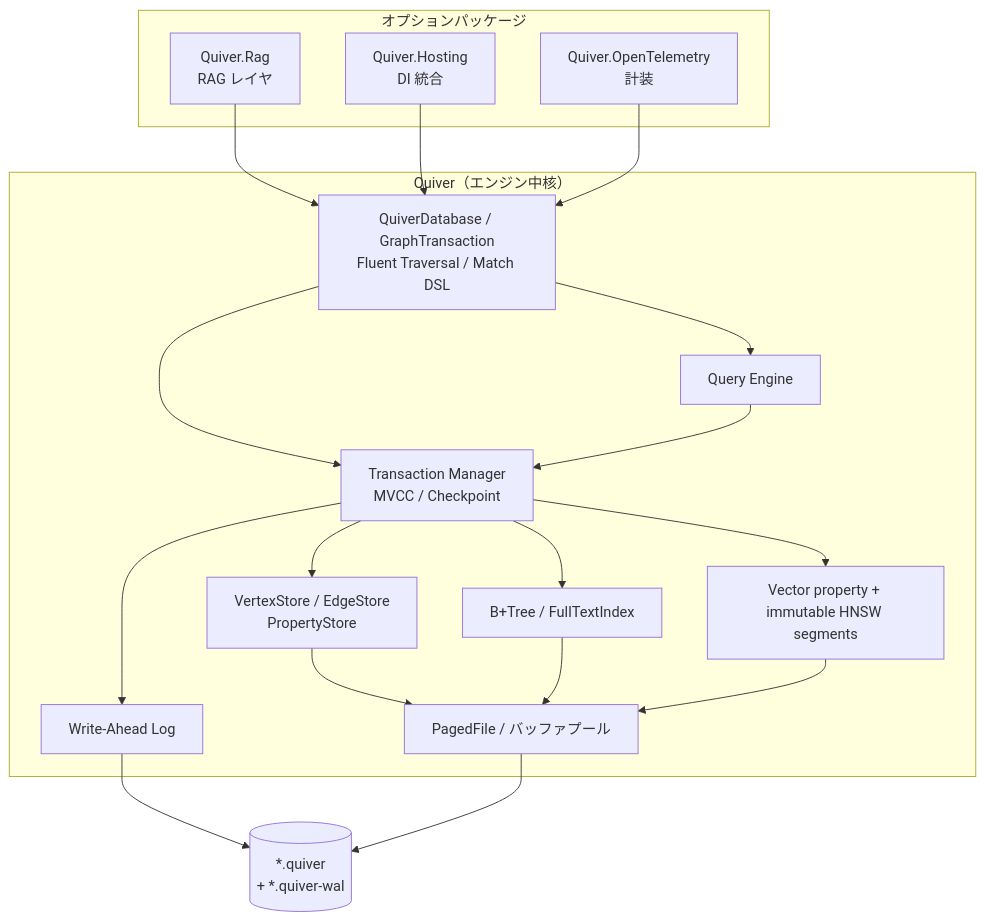
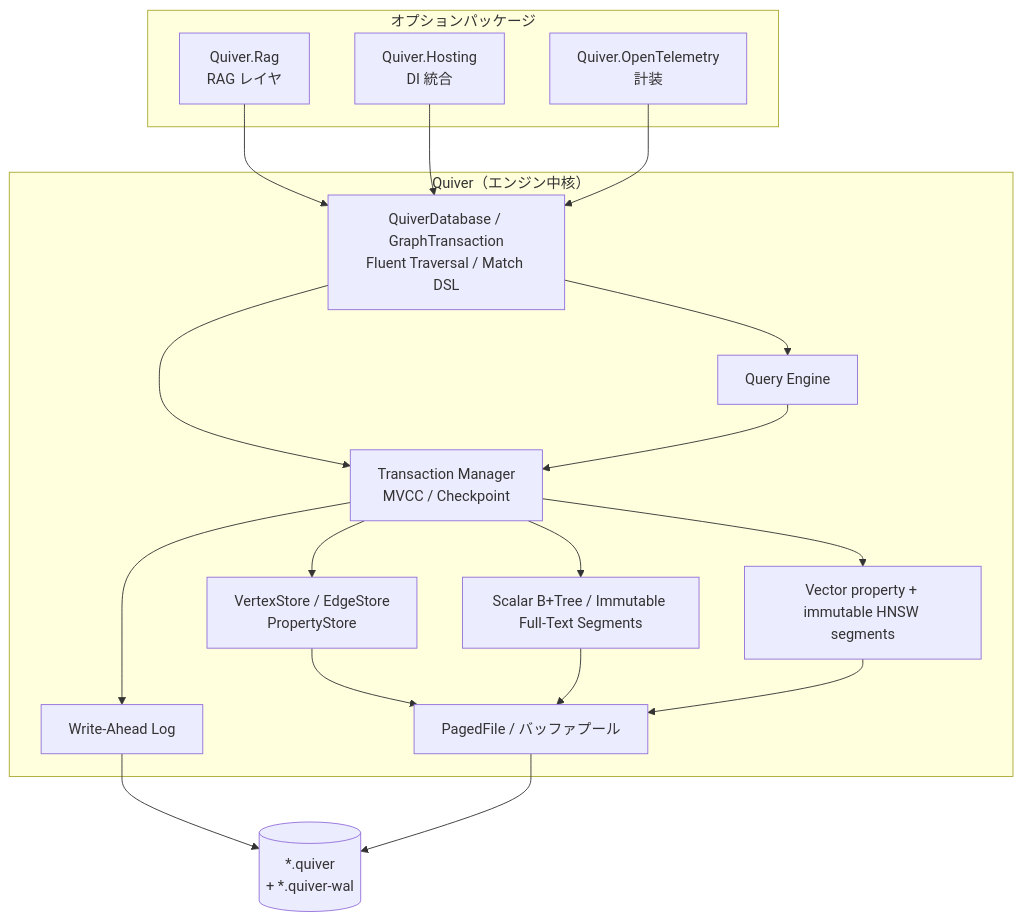
One commit to delicioustuna/Quiver changed the first of 5 diagrams in docs/architecture-diagrams.md. Above: the diagram before and after it, drawn with Mermaid. The commit also changed 69 other files, not shown here.

First line of the commit message:
feat(fulltext): publish immutable snapshot segments

````diff
--- a/docs/architecture-diagrams.md
+++ b/docs/architecture-diagrams.md
@@ -12,38 +12,38 @@
 ```mermaid
 flowchart TB
     subgraph optional["オプションパッケージ"]
         Rag["Quiver.Rag<br/>RAG レイヤ"]
         Hosting["Quiver.Hosting<br/>DI 統合"]
         OTel["Quiver.OpenTelemetry<br/>計装"]
     end
 
     subgraph core["Quiver（エンジン中核）"]
         API["QuiverDatabase / GraphTransaction<br/>Fluent Traversal / Match DSL"]
         Query["Query Engine"]
         TxMgr["Transaction Manager<br/>MVCC / Checkpoint"]
-        Index["B+Tree / FullTextIndex"]
+        Index["Scalar B+Tree / Immutable Full-Text Segments"]
         Records["VertexStore / EdgeStore<br/>PropertyStore"]
         Vector["Vector property + immutable HNSW segments"]
         WAL["Write-Ahead Log"]
         Storage["PagedFile / バッファプール"]
     end
 
     File[("*.quiver<br/>+ *.quiver-wal")]
 
     Rag --> API
     Hosting --> API
     OTel --> API
 
     API --> Query
     API --> TxMgr
     Query --> TxMgr
     TxMgr --> WAL
     TxMgr --> Records
     TxMgr --> Index
     TxMgr --> Vector
     Records --> Storage
     Index --> Storage
     Vector --> Storage
     WAL --> File
     Storage --> File
 ```
````
